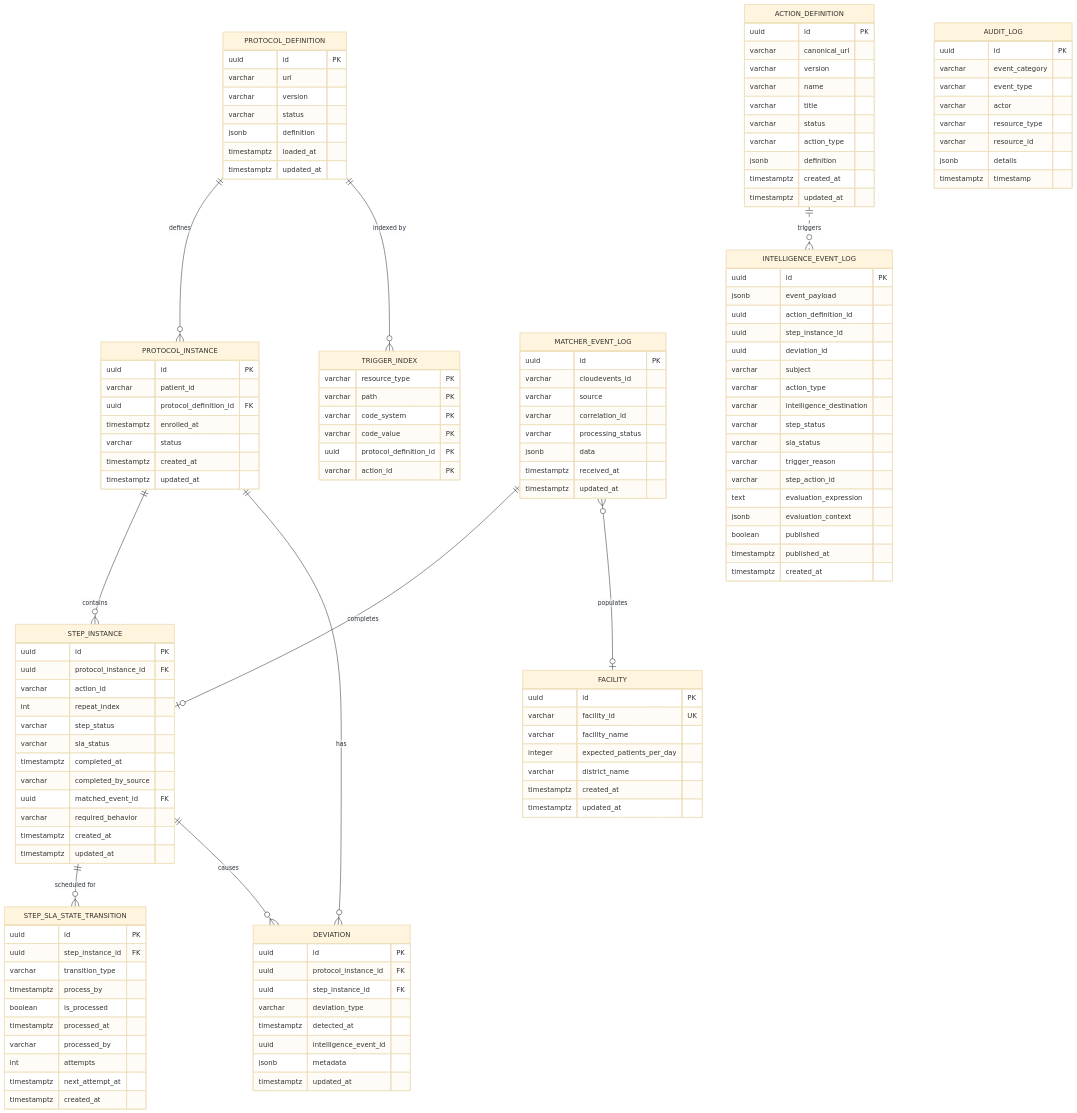
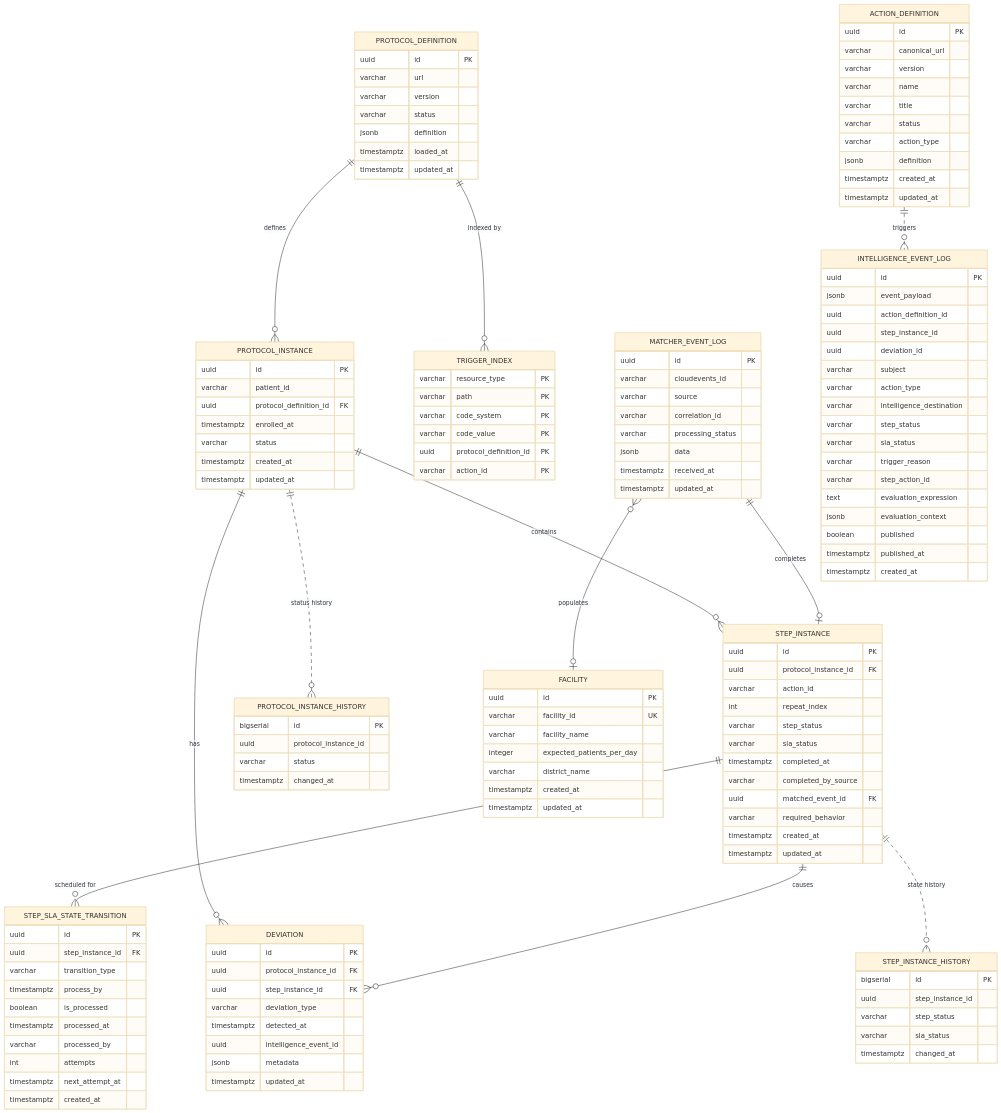
One commit to Jayaprakash8887/cce-common-util changed the diagram in docs/data-dictionary.md. Above: the diagram before and after it, drawn with Mermaid (base theme). The commit also changed other lines of this file, not shown here.

Commit message:
Bring the ER diagram in line with the tables this document owns
Two leftovers from dropping audit_log.

The diagram still declared an AUDIT_LOG entity while the prose three sections below stated the table
does not exist — the same document asserting both. Removed, along with the "nine tables" count that
§2 already contradicts by listing ten.

While there, added the two state-transition history tables, which §2 and §12 document but the diagram
omitted. They are drawn with the dotted relationship the diagram already uses for a link no foreign
key enforces: both history tables reference their subject by id and declare no FK, so a row survives
the deletion of what it describes.

```diff
--- a/docs/data-dictionary.md
+++ b/docs/data-dictionary.md
@@ -54,6 +54,8 @@
     PROTOCOL_INSTANCE ||--o{ DEVIATION : "has"
     STEP_INSTANCE ||--o{ STEP_SLA_STATE_TRANSITION : "scheduled for"
     STEP_INSTANCE ||--o{ DEVIATION : "causes"
+    PROTOCOL_INSTANCE ||..o{ PROTOCOL_INSTANCE_HISTORY : "status history"
+    STEP_INSTANCE ||..o{ STEP_INSTANCE_HISTORY : "state history"
     MATCHER_EVENT_LOG ||--o| STEP_INSTANCE : "completes"
     ACTION_DEFINITION ||..o{ INTELLIGENCE_EVENT_LOG : "triggers"
     MATCHER_EVENT_LOG }o--o| FACILITY : "populates"
@@ -137,15 +139,19 @@
         timestamptz updated_at
     }
 
-    AUDIT_LOG {
-        uuid id PK
-        varchar event_category
-        varchar event_type
-        varchar actor
-        varchar resource_type
-        varchar resource_id
-        jsonb details
-        timestamptz timestamp
+    PROTOCOL_INSTANCE_HISTORY {
+        bigserial id PK
+        uuid protocol_instance_id
+        varchar status
+        timestamptz changed_at
+    }
+
+    STEP_INSTANCE_HISTORY {
+        bigserial id PK
+        uuid step_instance_id
+        varchar step_status
+        varchar sla_status
+        timestamptz changed_at
     }
 
     ACTION_DEFINITION {
```
